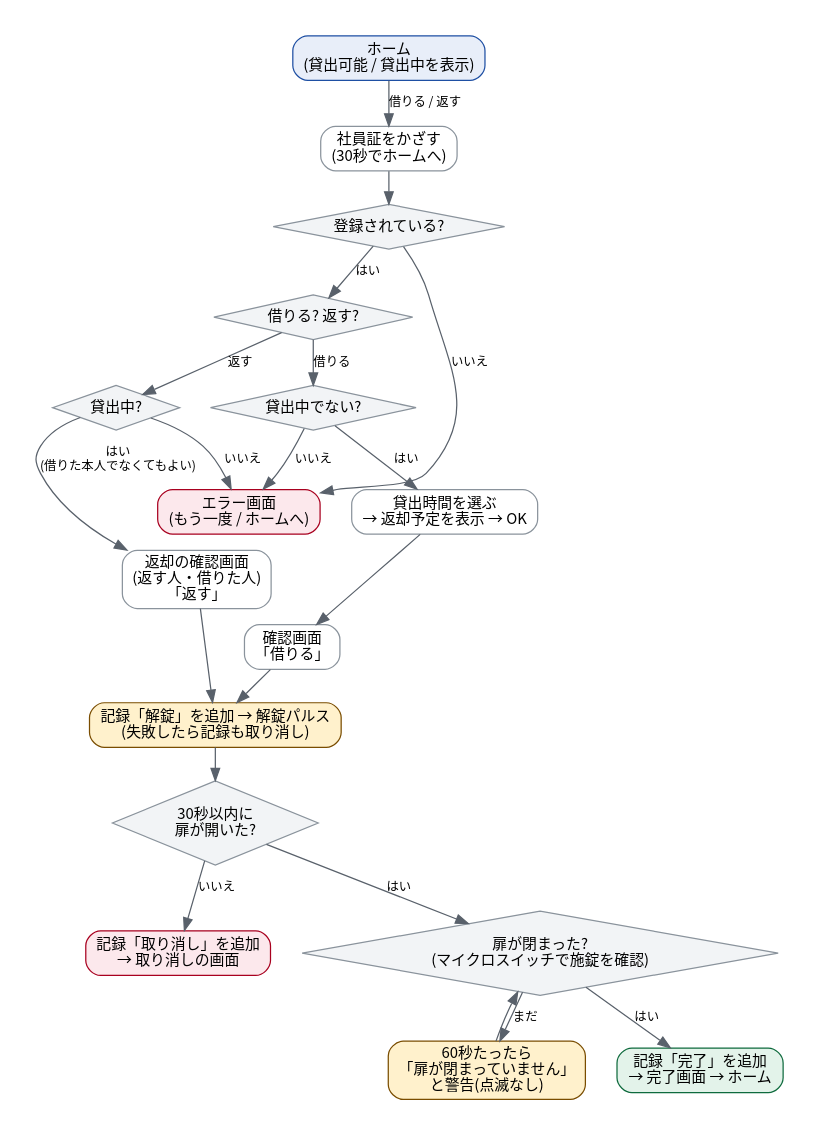
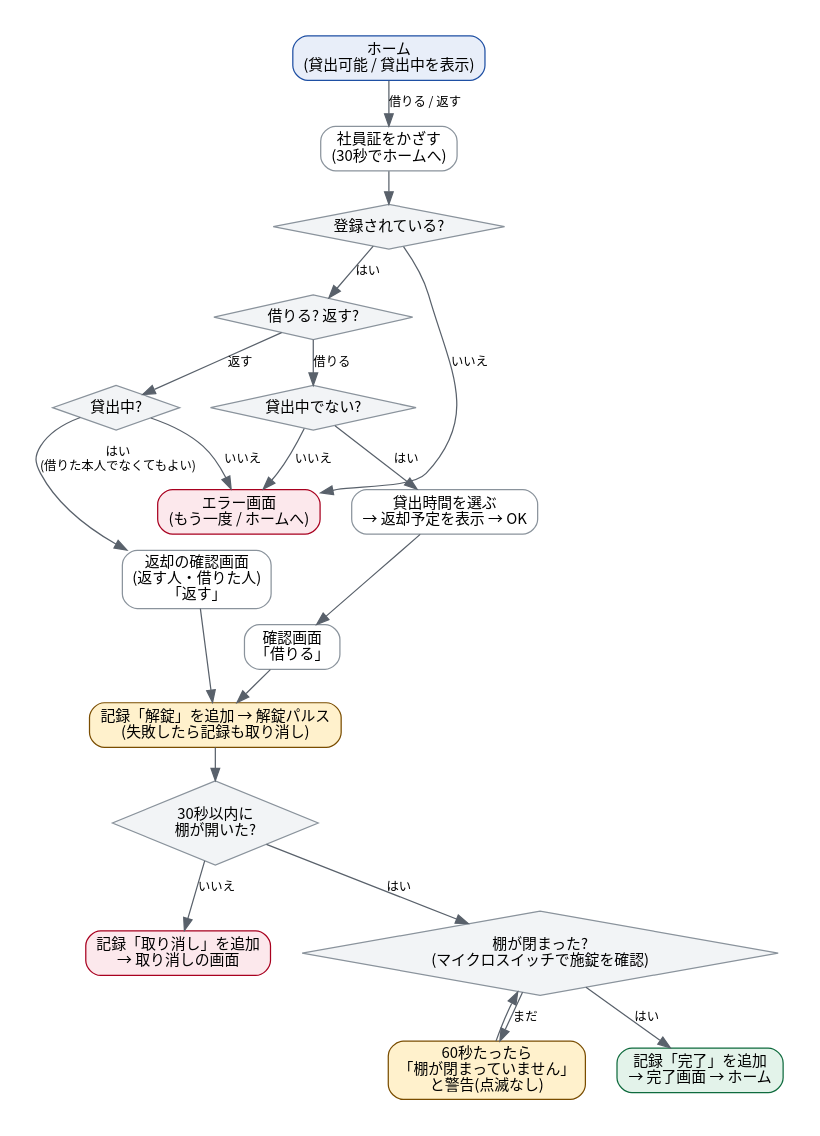
One commit to giajoe24/secure-camera-rental-system changed the diagram in docs/flowchart.dot. Above: the diagram before and after it, drawn with Graphviz. The commit also changed 27 other files, not shown here.

```diff
--- a/docs/flowchart.dot
+++ b/docs/flowchart.dot
@@ -1,43 +1,43 @@
 // 貸出・返却の流れ(dot -Tpng flowchart.dot -o flowchart.png で画像にする)
 digraph flow {
   graph [fontname="Noto Sans CJK JP", rankdir=TB, nodesep=0.35, ranksep=0.35, bgcolor=white, pad=0.3];
   node  [fontname="Noto Sans CJK JP", fontsize=12, shape=box, style="rounded,filled", fillcolor="#FFFFFF", color="#8A939C"];
   edge  [fontname="Noto Sans CJK JP", fontsize=10, color="#59616B"];
 
   home [label="ホーム\n(貸出可能 / 貸出中を表示)", fillcolor="#E8EEF9", color="#1E4FA3"];
   scan [label="社員証をかざす\n(30秒でホームへ)"];
   known [label="登録されている?", shape=diamond, style=filled, fillcolor="#F2F4F6"];
   kind [label="借りる? 返す?", shape=diamond, style=filled, fillcolor="#F2F4F6"];
   free [label="貸出中でない?", shape=diamond, style=filled, fillcolor="#F2F4F6"];
   rented [label="貸出中?", shape=diamond, style=filled, fillcolor="#F2F4F6"];
   time [label="貸出時間を選ぶ\n→ 返却予定を表示 → OK"];
   confirm [label="確認画面\n「借りる」"];
   rconfirm [label="返却の確認画面\n(返す人・借りた人)\n「返す」"];
   unlock [label="記録「解錠」を追加 → 解錠パルス\n(失敗したら記録も取り消し)", fillcolor="#FFF1CC", color="#7A4D00"];
-  opened [label="30秒以内に\n扉が開いた?", shape=diamond, style=filled, fillcolor="#F2F4F6"];
+  opened [label="30秒以内に\n棚が開いた?", shape=diamond, style=filled, fillcolor="#F2F4F6"];
   cancel [label="記録「取り消し」を追加\n→ 取り消しの画面", fillcolor="#FCE8EC", color="#A8001F"];
-  closed [label="扉が閉まった?\n(マイクロスイッチで施錠を確認)", shape=diamond, style=filled, fillcolor="#F2F4F6"];
-  warn [label="60秒たったら\n「扉が閉まっていません」\nと警告(点滅なし)", fillcolor="#FFF1CC", color="#7A4D00"];
+  closed [label="棚が閉まった?\n(マイクロスイッチで施錠を確認)", shape=diamond, style=filled, fillcolor="#F2F4F6"];
+  warn [label="60秒たったら\n「棚が閉まっていません」\nと警告(点滅なし)", fillcolor="#FFF1CC", color="#7A4D00"];
   done [label="記録「完了」を追加\n→ 完了画面 → ホーム", fillcolor="#E3F3EA", color="#0F6B3E"];
   error [label="エラー画面\n(もう一度 / ホームへ)", fillcolor="#FCE8EC", color="#A8001F"];
 
   home -> scan [label="借りる / 返す"];
   scan -> known;
   known -> error [label="いいえ"];
   known -> kind [label="はい"];
   kind -> free [label="借りる"];
   kind -> rented [label="返す"];
   free -> time [label="はい"];
   free -> error [label="いいえ"];
   rented -> rconfirm [label="はい\n(借りた本人でなくてもよい)"];
   rented -> error [label="いいえ"];
   time -> confirm;
   confirm -> unlock;
   rconfirm -> unlock;
   unlock -> opened;
   opened -> cancel [label="いいえ"];
   opened -> closed [label="はい"];
   closed -> warn [label="まだ"];
   warn -> closed;
   closed -> done [label="はい"];
 }
```
